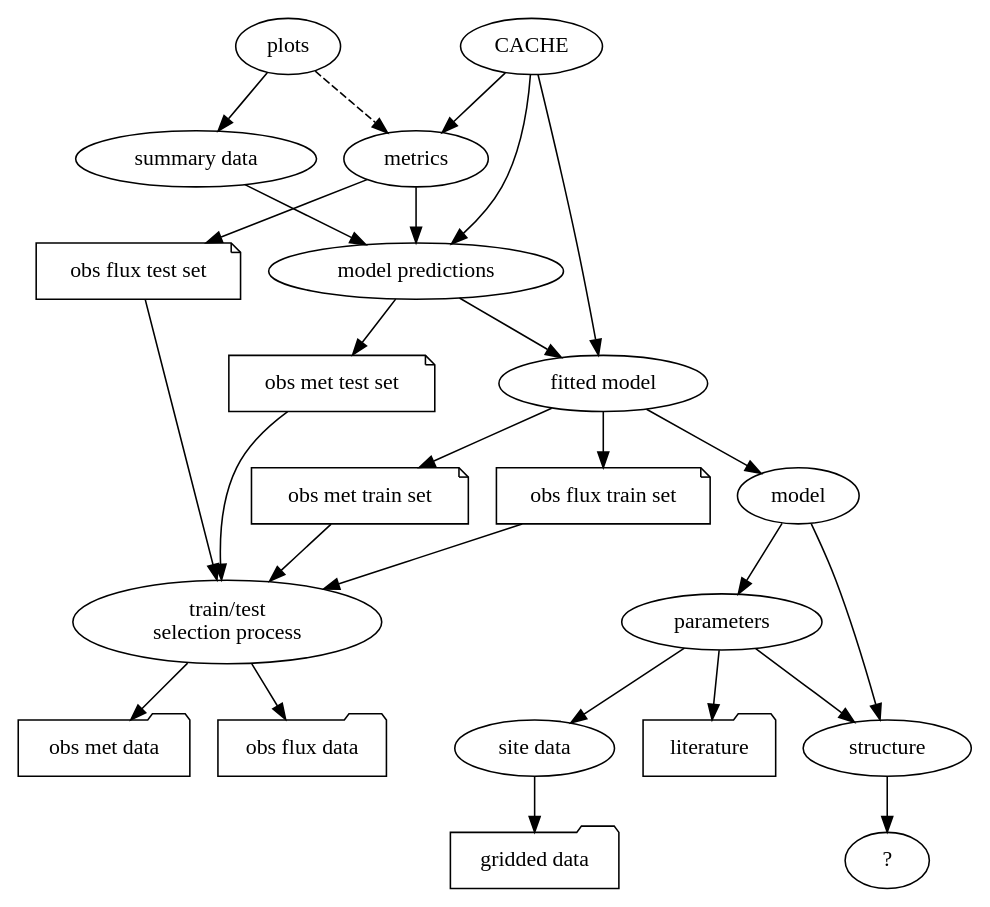
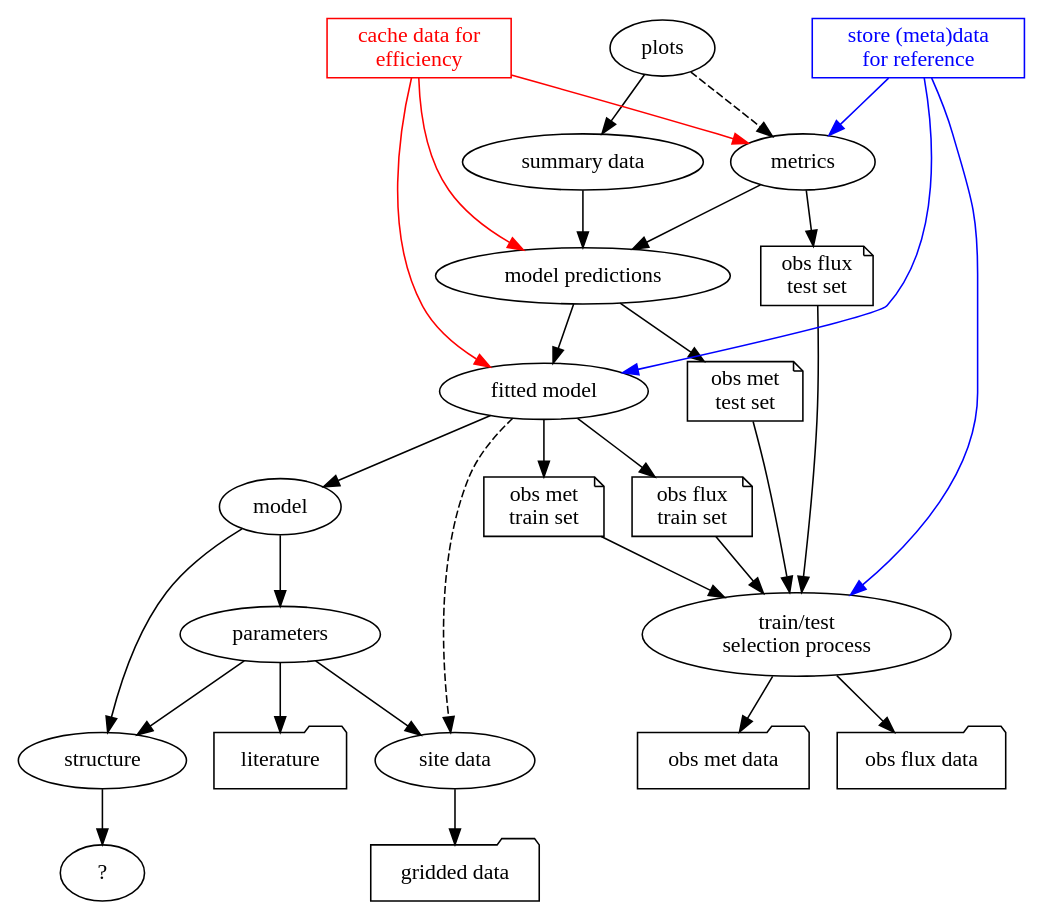
One commit to naught101/empirical_lsm changed the diagram in data_flow.dot. Above: the diagram before and after it, drawn with Graphviz.

Commit message:
add store data note, colours

```diff
--- a/data_flow.dot
+++ b/data_flow.dot
@@ -1,61 +1,68 @@
 digraph data_flow {
 
     plots -> summary_data;
     plots -> metrics [style=dashed];
 
     metrics -> obs_flux_test;
-    metrics -> model_predictions;
-    summary_data -> model_predictions;
+    metrics -> model_pred;
+    summary_data -> model_pred;
 
-    model_predictions -> fitted_model;
-    model_predictions -> obs_met_test;
+    model_pred -> fitted_model;
+    model_pred -> obs_met_test;
 
     fitted_model -> model;
     fitted_model -> obs_flux_train;
     fitted_model -> obs_met_train;
+    fitted_model -> site_data [style=dashed];
 
     model -> structure;
     model -> parameters;
     parameters -> site_data;
     parameters -> literature;
     parameters -> structure;
     structure -> "?";
 
     // obs_flux_test -> obs_flux_data;
     // obs_met_test -> obs_met_data;
     // obs_flux_train -> obs_flux_data;
     // obs_met_train -> obs_met_data;
 
     obs_flux_test -> tt_selection;
     obs_met_test -> tt_selection;
     obs_flux_train -> tt_selection;
     obs_met_train -> tt_selection;
 
     tt_selection -> obs_met_data;
     tt_selection -> obs_flux_data;
 
     site_data -> gridded_data;
 
-    CACHE -> model_predictions
-    CACHE -> fitted_model
-    CACHE -> metrics
+    cache -> model_pred [color=red];
+    cache -> fitted_model [color=red];
+    cache -> metrics [color=red];
+
+    store_data -> fitted_model [color=blue];
+    store_data -> tt_selection [color=blue];
+    store_data -> metrics [color=blue];
 
     plots;
     metrics;
-    summary_data      [label="summary data"];
-    model_predictions [label="model predictions"];
-    fitted_model      [label="fitted model"];
+    summary_data   [label="summary data"];
+    model_pred     [label="model predictions"];
+    fitted_model   [label="fitted model"];
     model;
     structure;
-    literature        [label=literature, shape=folder];
+    literature     [label=literature, shape=folder];
     parameters;
-    site_data         [label="site data"];
-    gridded_data      [label="gridded data", shape=folder];
-    obs_flux_data     [label="obs flux data", shape=folder];
-    obs_flux_test     [label="obs flux test set", shape=note];
-    obs_flux_train    [label="obs flux train set", shape=note];
-    obs_met_data      [label="obs met data", shape=folder];
-    obs_met_test      [label="obs met test set", shape=note];
-    obs_met_train     [label="obs met train set", shape=note];
-    tt_selection      [label="train/test\nselection process"];
+    site_data      [label="site data"];
+    gridded_data   [label="gridded data", shape=folder];
+    obs_flux_data  [label="obs flux data", shape=folder];
+    obs_flux_test  [label="obs flux\ntest set", shape=note];
+    obs_flux_train [label="obs flux\ntrain set", shape=note];
+    obs_met_data   [label="obs met data", shape=folder];
+    obs_met_test   [label="obs met\ntest set", shape=note];
+    obs_met_train  [label="obs met\ntrain set", shape=note];
+    tt_selection   [label="train/test\nselection process"];
+    cache          [label="cache data for\nefficiency", shape=box, color=red, fontcolor=red];
+    store_data     [label="store (meta)data\nfor reference", shape=box, color=blue, fontcolor=blue];
 }
```
